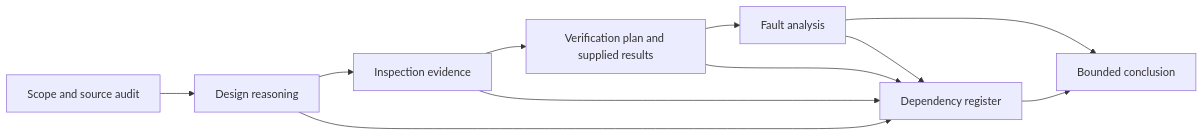
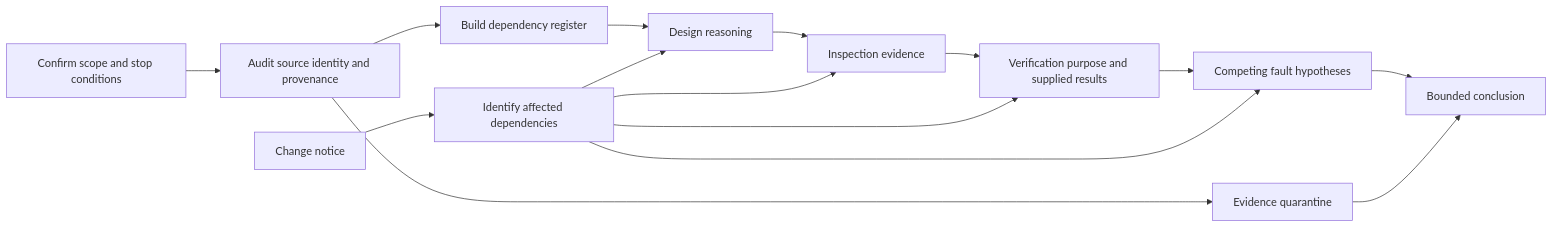
Before and after one commit to andrew3stedall/capstone: the diagram in docs/learning-plans/6-week/modules/day-41-full-mock-assessment-with-design-inspection-and-verification-components.md, drawn with Mermaid. The commit also changed other lines of this file and 4 other files, not shown here.

````diff
--- a/docs/learning-plans/6-week/modules/day-41-full-mock-assessment-with-design-inspection-and-verification-components.md
+++ b/docs/learning-plans/6-week/modules/day-41-full-mock-assessment-with-design-inspection-and-verification-components.md
@@ -52,13 +89,17 @@
 ```mermaid
 flowchart LR
-    A[Scope and source audit] --> B[Design reasoning]
-    B --> C[Inspection evidence]
-    C --> D[Verification plan and supplied results]
-    D --> E[Fault analysis]
-    E --> F[Bounded conclusion]
-    B --> G[Dependency register]
-    C --> G
-    D --> G
-    E --> G
-    G --> F
+    A[Confirm scope and stop conditions] --> B[Audit source identity and provenance]
+    B --> C[Build dependency register]
+    C --> D[Design reasoning]
+    D --> E[Inspection evidence]
+    E --> F[Verification purpose and supplied results]
+    F --> G[Competing fault hypotheses]
+    G --> H[Bounded conclusion]
+    I[Change notice] --> J[Identify affected dependencies]
+    J --> D
+    J --> E
+    J --> F
+    J --> G
+    B --> K[Evidence quarantine]
+    K --> H
 ```
````
